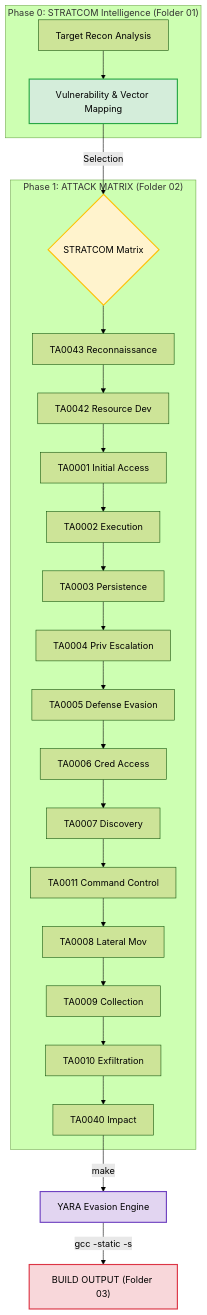
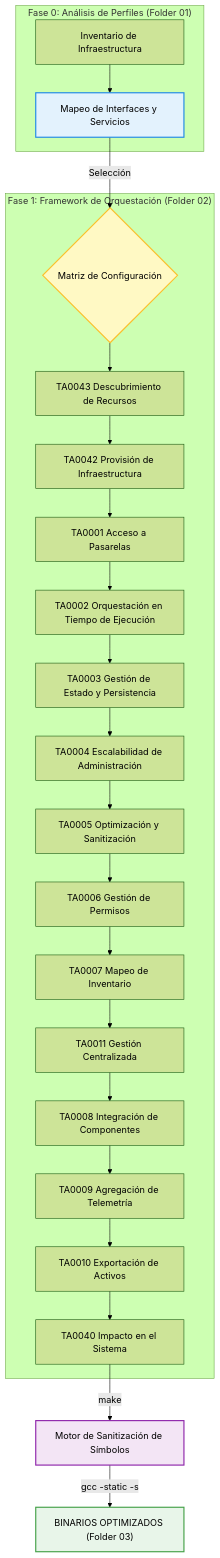
Before and after one commit to j3susangar1ca/infraestructura: the diagram in README.md, drawn with Mermaid (forest theme). The commit also changed other lines of this file, not shown here.

````diff
--- a/README.md
+++ b/README.md
@@ -25,33 +26,33 @@
 ```mermaid
 graph TD
-    subgraph "Phase 0: STRATCOM Intelligence (Folder 01)"
-        A1[Target Recon Analysis] --> A2["Vulnerability & Vector Mapping"]
+    subgraph "Fase 0: Análisis de Perfiles (Folder 01)"
+        A1[Inventario de Infraestructura] --> A2["Mapeo de Interfaces y Servicios"]
     end
 
-    A2 -->|Selection| B{"STRATCOM Matrix"}
+    A2 -->|Selección| B{"Matriz de Configuración"}
 
-    subgraph "Phase 1: ATTACK MATRIX (Folder 02)"
-        B --> TA43["TA0043 Reconnaissance"]
-        TA43 --> TA42["TA0042 Resource Dev"]
-        TA42 --> TA01["TA0001 Initial Access"]
-        TA01 --> TA02["TA0002 Execution"]
-        TA02 --> TA03["TA0003 Persistence"]
-        TA03 --> TA04["TA0004 Priv Escalation"]
-        TA04 --> TA05["TA0005 Defense Evasion"]
-        TA05 --> TA06["TA0006 Cred Access"]
-        TA06 --> TA07["TA0007 Discovery"]
-        TA07 --> TA11["TA0011 Command Control"]
-        TA11 --> TA08["TA0008 Lateral Mov"]
-        TA08 --> TA09["TA0009 Collection"]
-        TA09 --> TA10["TA0010 Exfiltration"]
-        TA10 --> TA40["TA0040 Impact"]
+    subgraph "Fase 1: Framework de Orquestación (Folder 02)"
+        B --> TA43["TA0043 Descubrimiento de Recursos"]
+        TA43 --> TA42["TA0042 Provisión de Infraestructura"]
+        TA42 --> TA01["TA0001 Acceso a Pasarelas"]
+        TA01 --> TA02["TA0002 Orquestación en Tiempo de Ejecución"]
+        TA02 --> TA03["TA0003 Gestión de Estado y Persistencia"]
+        TA03 --> TA04["TA0004 Escalabilidad de Administración"]
+        TA04 --> TA05["TA0005 Optimización y Sanitización"]
+        TA05 --> TA06["TA0006 Gestión de Permisos"]
+        TA06 --> TA07["TA0007 Mapeo de Inventario"]
+        TA07 --> TA11["TA0011 Gestión Centralizada"]
+        TA11 --> TA08["TA0008 Integración de Componentes"]
+        TA08 --> TA09["TA0009 Agregación de Telemetría"]
+        TA09 --> TA10["TA0010 Exportación de Activos"]
+        TA10 --> TA40["TA0040 Impacto en el Sistema"]
     end
 
-    TA40 -->|"make"| D["YARA Evasion Engine"]
-    D -->|"gcc -static -s"| C["BUILD OUTPUT (Folder 03)"]
+    TA40 -->|"make"| D["Motor de Sanitización de Símbolos"]
+    D -->|"gcc -static -s"| C["BINARIOS OPTIMIZADOS (Folder 03)"]
 
-    style A2 fill:#d4edda,stroke:#28a745,stroke-width:2px
-    style B fill:#fff3cd,stroke:#ffc107,stroke-width:2px
-    style D fill:#e2d5f1,stroke:#6f42c1,stroke-width:2px
-    style C fill:#f8d7da,stroke:#dc3545,stroke-width:2px
+    style A2 fill:#e3f2fd,stroke:#1e88e5,stroke-width:2px
+    style B fill:#fff9c4,stroke:#fbc02d,stroke-width:2px
+    style D fill:#f3e5f5,stroke:#8e24aa,stroke-width:2px
+    style C fill:#e8f5e9,stroke:#43a047,stroke-width:2px
 ```
````
